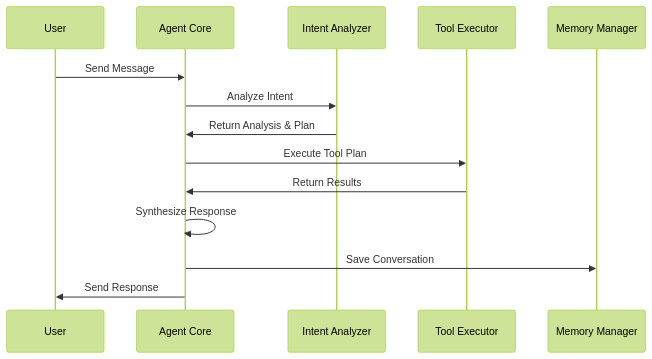
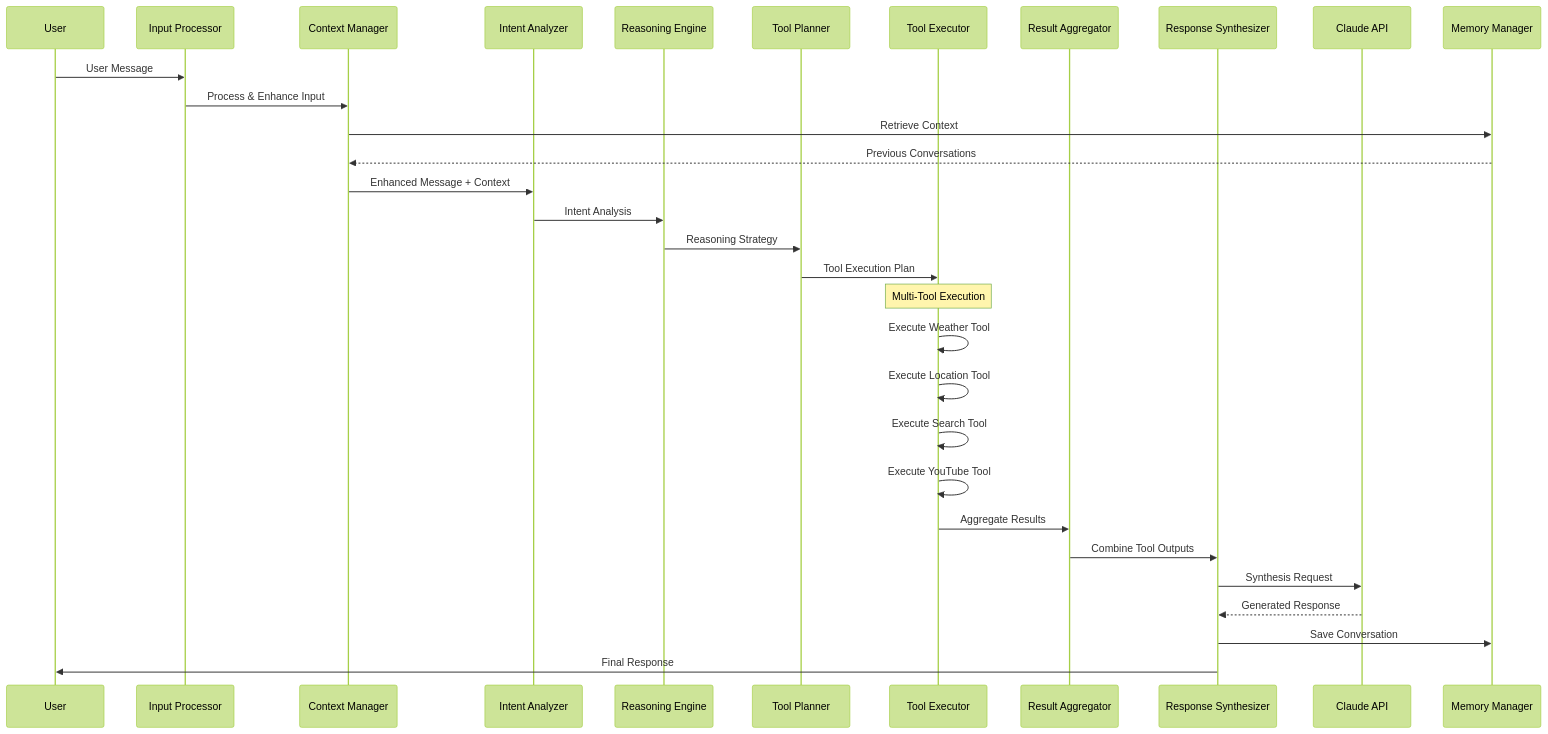
The third of 4 diagrams in README.md (rajpraba1986/intelligent-agents-collection), drawn with Mermaid (forest theme) before and after one commit. The commit also changed other lines of this file and 1 other file, not shown here.

````diff
--- a/README.md
+++ b/README.md
@@ -138,17 +190,36 @@
 ```mermaid
 sequenceDiagram
     participant U as User
-    participant AC as Agent Core
+    participant IP as Input Processor
+    participant CM as Context Manager
     participant IA as Intent Analyzer
+    participant RE as Reasoning Engine
+    participant TP as Tool Planner
     participant TE as Tool Executor
+    participant RA as Result Aggregator
+    participant RS as Response Synthesizer
+    participant Claude as Claude API
     participant MM as Memory Manager
     
-    U->>AC: Send Message
-    AC->>IA: Analyze Intent
-    IA->>AC: Return Analysis & Plan
-    AC->>TE: Execute Tool Plan
-    TE->>AC: Return Results
-    AC->>AC: Synthesize Response
-    AC->>MM: Save Conversation
-    AC->>U: Send Response
+    U->>IP: User Message
+    IP->>CM: Process & Enhance Input
+    CM->>MM: Retrieve Context
+    MM-->>CM: Previous Conversations
+    CM->>IA: Enhanced Message + Context
+    IA->>RE: Intent Analysis
+    RE->>TP: Reasoning Strategy
+    TP->>TE: Tool Execution Plan
+    
+    Note over TE: Multi-Tool Execution
+    TE->>TE: Execute Weather Tool
+    TE->>TE: Execute Location Tool
+    TE->>TE: Execute Search Tool
+    TE->>TE: Execute YouTube Tool
+    
+    TE->>RA: Aggregate Results
+    RA->>RS: Combine Tool Outputs
+    RS->>Claude: Synthesis Request
+    Claude-->>RS: Generated Response
+    RS->>MM: Save Conversation
+    RS->>U: Final Response
 ```
````
